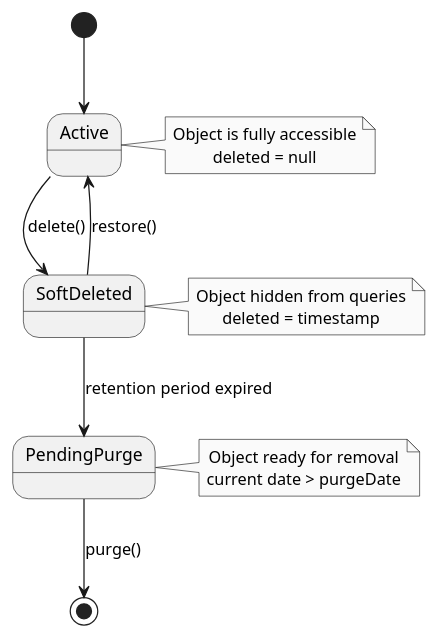
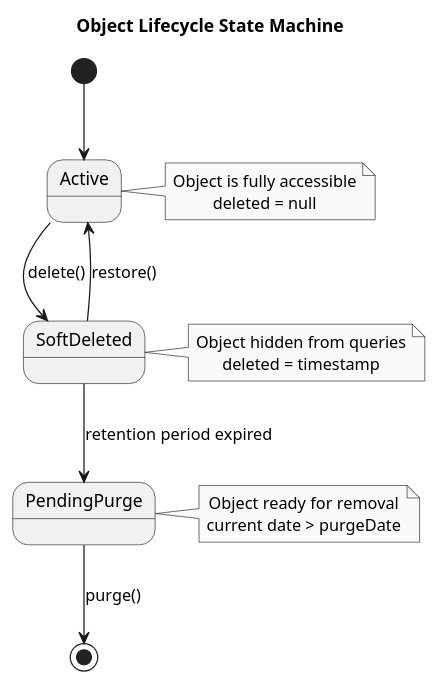
One commit to MWest2020/openregister changed the diagram in website/docs/diagrams/object-deletion-states.puml. Above: the diagram before and after it, drawn with PlantUML. The commit also changed 1 other file, not shown here.

```diff
--- a/website/docs/diagrams/object-deletion-states.puml
+++ b/website/docs/diagrams/object-deletion-states.puml
@@ -1,15 +1,16 @@
 @startuml Object Deletion States
+title Object Lifecycle State Machine
 skinparam monochrome true
 skinparam defaultTextAlignment center
 
 [*] --> Active
 Active --> SoftDeleted : delete()
 SoftDeleted --> Active : restore()
 SoftDeleted --> PendingPurge : retention period expired
 PendingPurge --> [*] : purge()
 
 note right of Active : Object is fully accessible\ndeleted = null
 note right of SoftDeleted : Object hidden from queries\ndeleted = timestamp
 note right of PendingPurge : Object ready for removal\ncurrent date > purgeDate
 
-@enduml 
+@enduml
```
